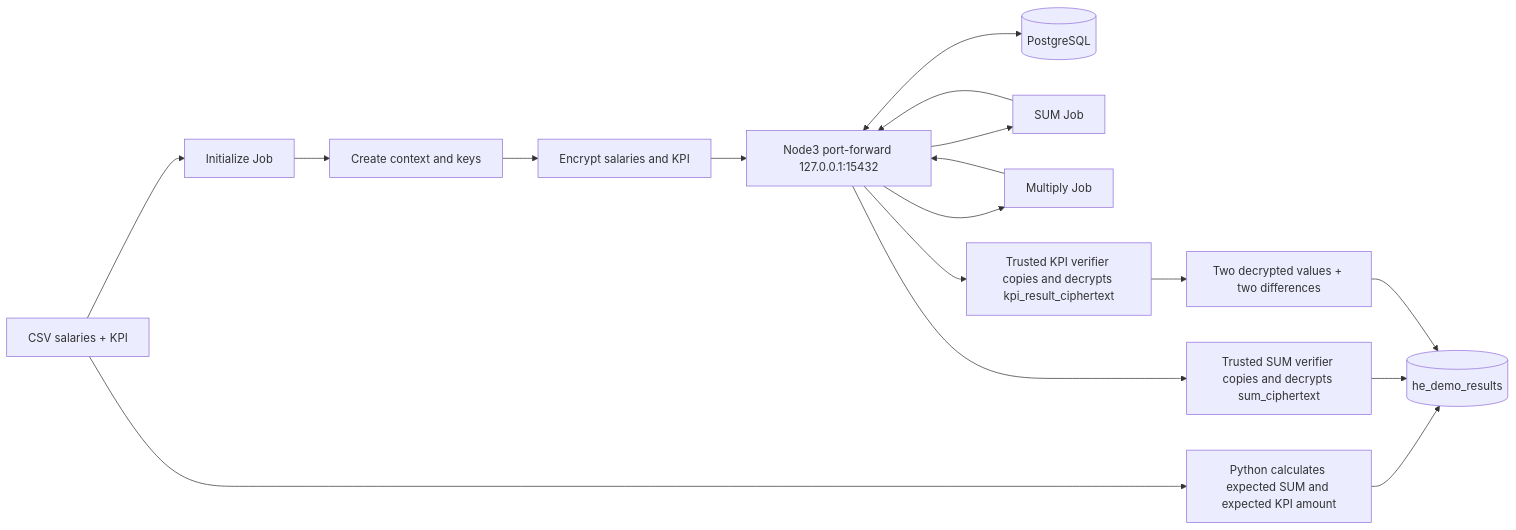
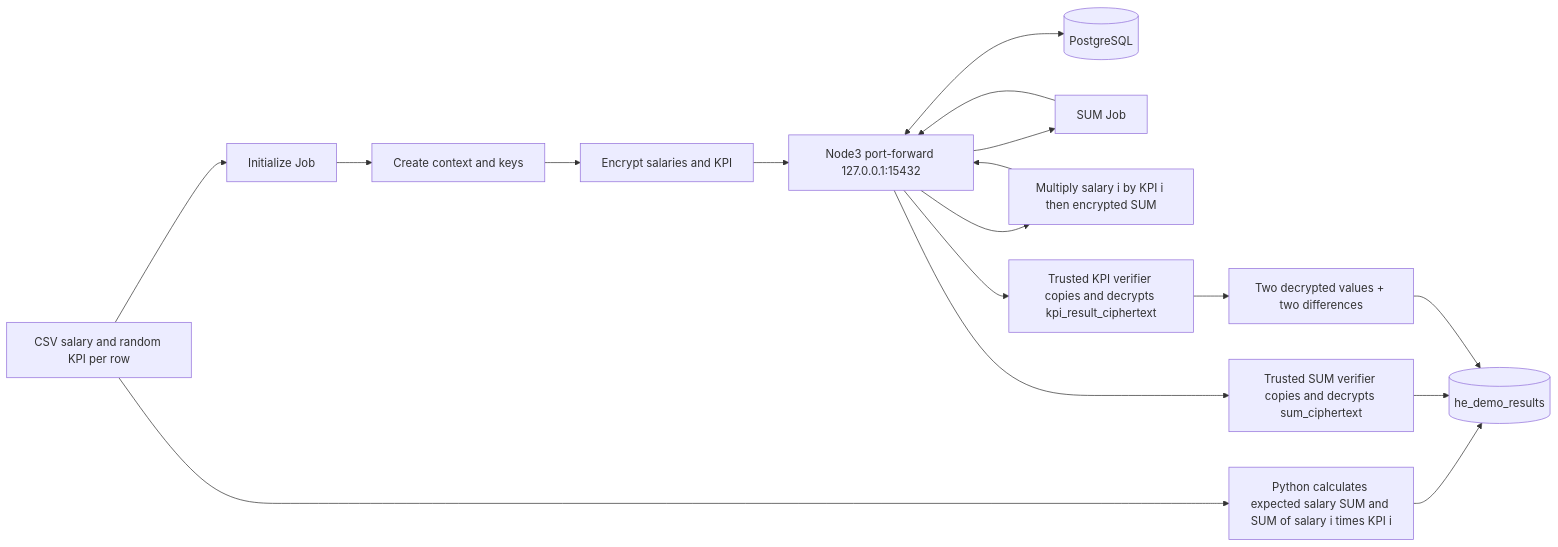
One commit to Nhatcao1/k3s-demo-gitops changed the diagram in demo/cpu-postgres/FLOW.mmd. Above: the diagram before and after it, drawn with Mermaid. The commit also changed 5 other files, not shown here.

Commit message:
Generate a KPI for each salary row

```diff
--- a/demo/cpu-postgres/FLOW.mmd
+++ b/demo/cpu-postgres/FLOW.mmd
@@ -1,17 +1,17 @@
 flowchart LR
-    A[CSV salaries + KPI] --> B[Initialize Job]
-    A --> R[Python calculates expected SUM and expected KPI amount]
+    A[CSV salary and random KPI per row] --> B[Initialize Job]
+    A --> R[Python calculates expected salary SUM and SUM of salary i times KPI i]
     B --> C[Create context and keys]
     C --> D[Encrypt salaries and KPI]
     D --> P[Node3 port-forward 127.0.0.1:15432]
     P <--> E[(PostgreSQL)]
     R --> T[(he_demo_results)]
     P --> F[SUM Job]
     F --> P
     P --> VS[Trusted SUM verifier copies and decrypts sum_ciphertext]
     VS --> T
-    P --> G[Multiply Job]
+    P --> G[Multiply salary i by KPI i then encrypted SUM]
     G --> P
     P --> H[Trusted KPI verifier copies and decrypts kpi_result_ciphertext]
     H --> I[Two decrypted values + two differences]
     I --> T
```
